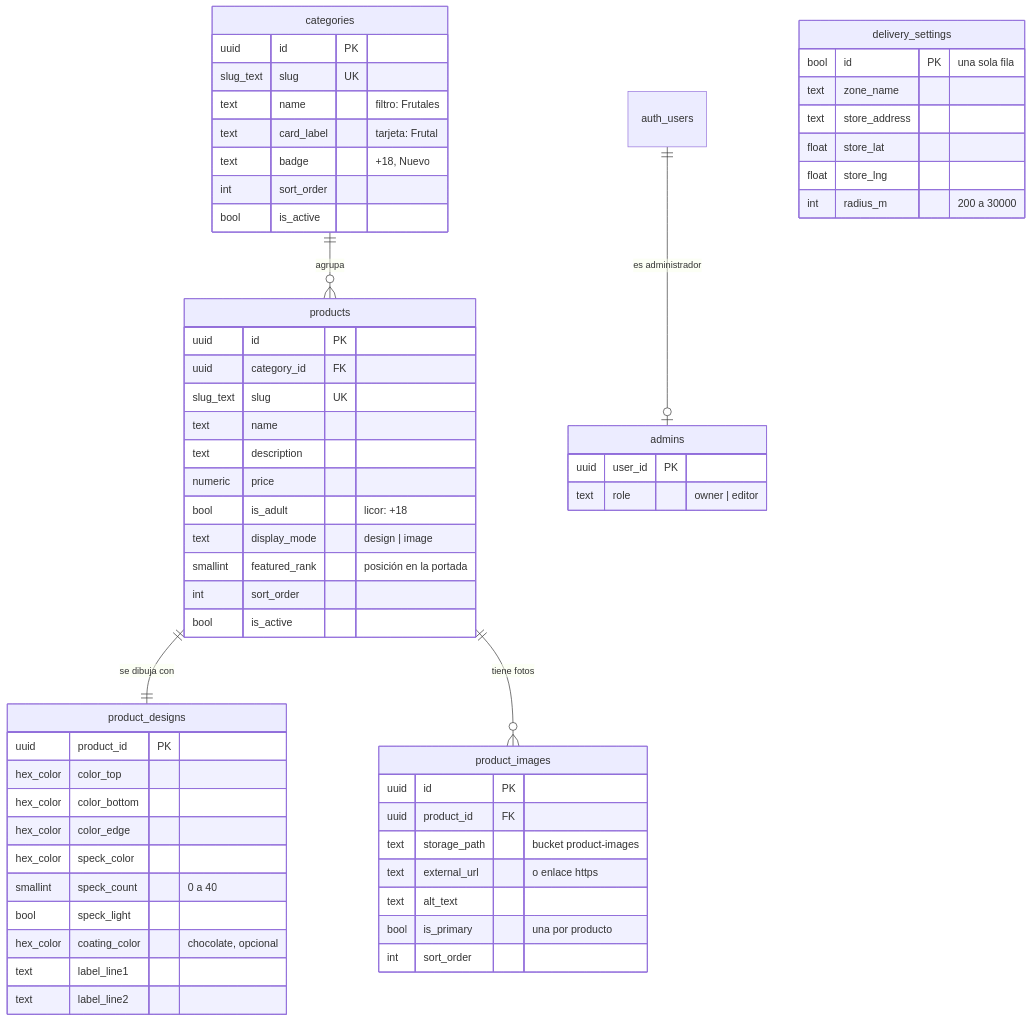
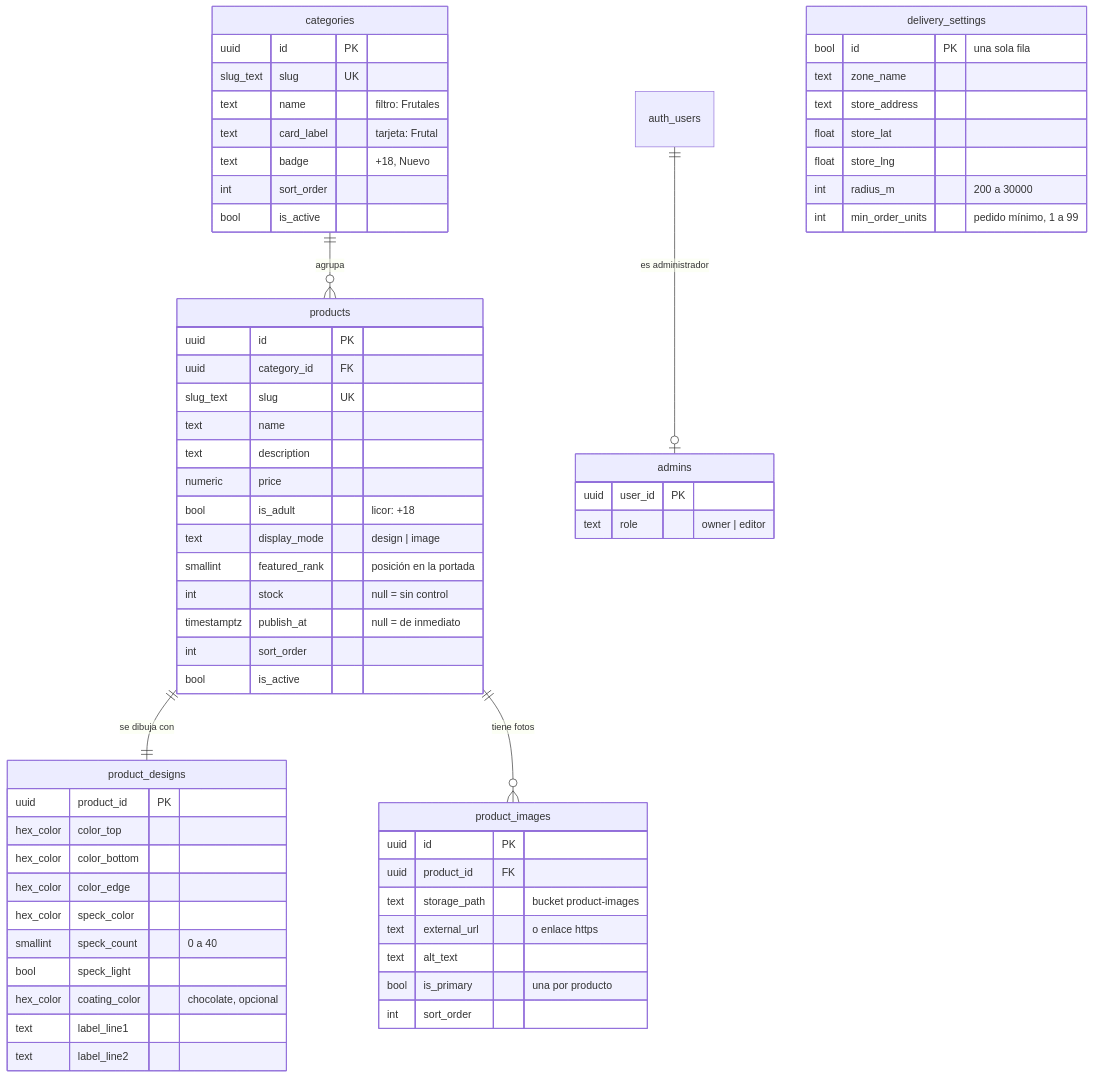
Before and after one commit to giovanni-pe/chup-fruit: the diagram in README.md, drawn with Mermaid. The commit also changed other lines of this file and 26 other files, not shown here.

First line of the commit message:
Pedido mínimo configurable, control de stock y fecha de publicación

````diff
--- a/README.md
+++ b/README.md
@@ -12,64 +12,67 @@
 ```mermaid
 erDiagram
   categories ||--o{ products : "agrupa"
   products ||--|| product_designs : "se dibuja con"
   products ||--o{ product_images : "tiene fotos"
   auth_users ||--o| admins : "es administrador"
 
   delivery_settings {
     bool id PK "una sola fila"
     text zone_name
     text store_address
     float store_lat
     float store_lng
     int radius_m "200 a 30000"
+    int min_order_units "pedido mínimo, 1 a 99"
   }
 
   categories {
     uuid id PK
     slug_text slug UK
     text name "filtro: Frutales"
     text card_label "tarjeta: Frutal"
     text badge "+18, Nuevo"
     int sort_order
     bool is_active
   }
   products {
     uuid id PK
     uuid category_id FK
     slug_text slug UK
     text name
     text description
     numeric price
     bool is_adult "licor: +18"
     text display_mode "design | image"
     smallint featured_rank "posición en la portada"
+    int stock "null = sin control"
+    timestamptz publish_at "null = de inmediato"
     int sort_order
     bool is_active
   }
   product_designs {
     uuid product_id PK
     hex_color color_top
     hex_color color_bottom
     hex_color color_edge
     hex_color speck_color
     smallint speck_count "0 a 40"
     bool speck_light
     hex_color coating_color "chocolate, opcional"
     text label_line1
     text label_line2
   }
   product_images {
     uuid id PK
     uuid product_id FK
     text storage_path "bucket product-images"
     text external_url "o enlace https"
     text alt_text
     bool is_primary "una por producto"
     int sort_order
   }
   admins {
     uuid user_id PK
     text role "owner | editor"
   }
 ```
````
